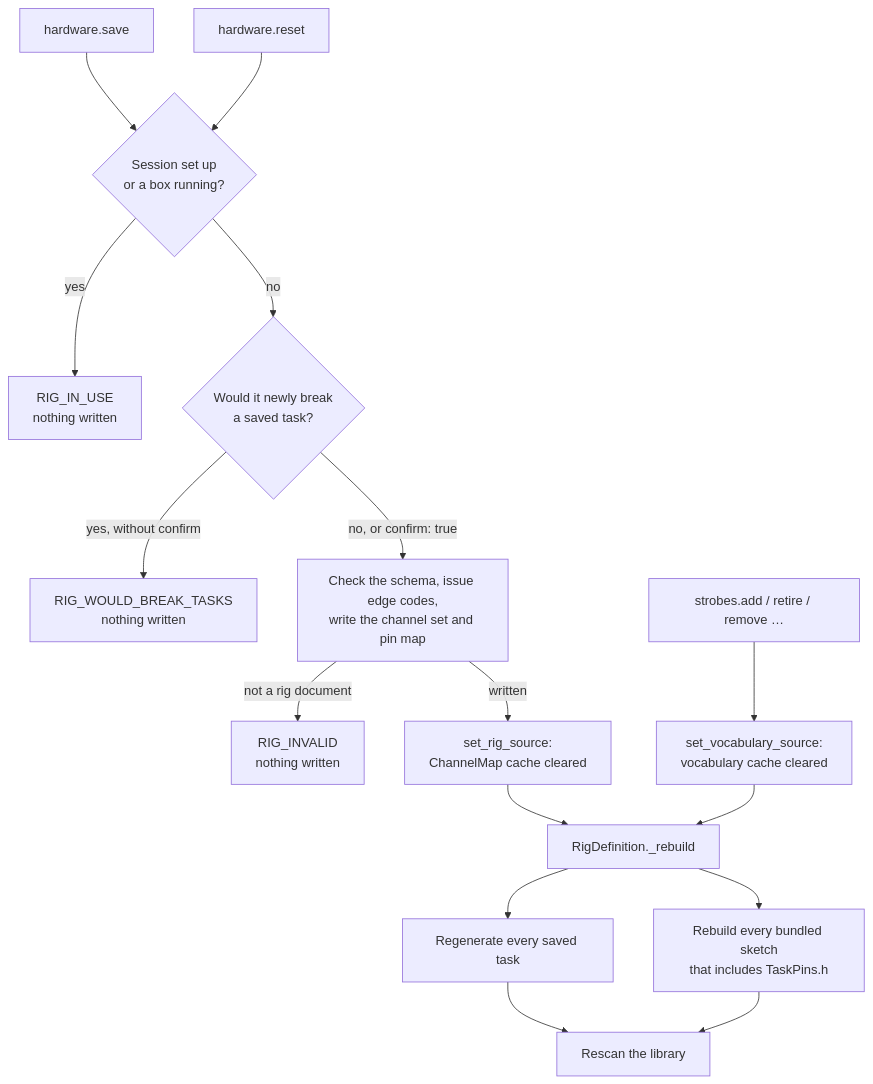
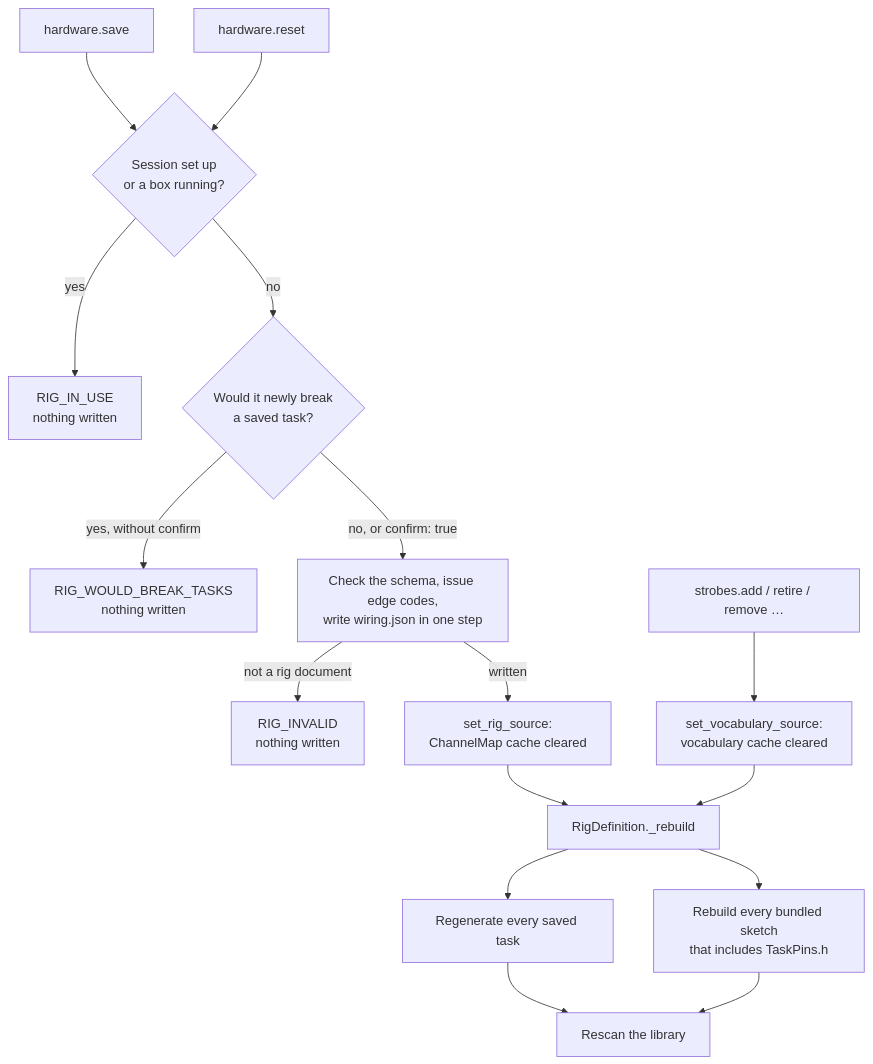
Before and after one commit to Chase-NJ/Ephymeris: the second of 7 diagrams in docs/TASKS.md, drawn with Mermaid. The commit also changed other lines of this file and 21 other files, not shown here.

First line of the commit message:
Save the rig wiring as one atomic file, and block a box on bad wiring (#128)

````diff
--- a/docs/TASKS.md
+++ b/docs/TASKS.md
@@ -470,18 +470,18 @@
 ```mermaid
 flowchart TD
     save["hardware.save"] --> inuse{"Session set up<br/>or a box running?"}
     inuse -->|yes| busy["RIG_IN_USE<br/>nothing written"]
     inuse -->|no| impact{"Would it newly break<br/>a saved task?"}
     impact -->|"yes, without confirm"| refuse["RIG_WOULD_BREAK_TASKS<br/>nothing written"]
-    impact -->|"no, or confirm: true"| write["Check the schema, issue edge codes,<br/>write the channel set and pin map"]
+    impact -->|"no, or confirm: true"| write["Check the schema, issue edge codes,<br/>write wiring.json in one step"]
     write -->|"not a rig document"| invalid["RIG_INVALID<br/>nothing written"]
     reset["hardware.reset"] --> inuse
     write -->|"written"| install["set_rig_source:<br/>ChannelMap cache cleared"]
     install --> rebuild["RigDefinition._rebuild"]
     vocab["strobes.add / retire / remove …"] --> vinstall["set_vocabulary_source:<br/>vocabulary cache cleared"]
     vinstall --> rebuild
     rebuild --> tasks["Regenerate every saved task"]
     rebuild --> bundled["Rebuild every bundled sketch<br/>that includes TaskPins.h"]
     tasks --> rescan["Rescan the library"]
     bundled --> rescan
 ```
````
